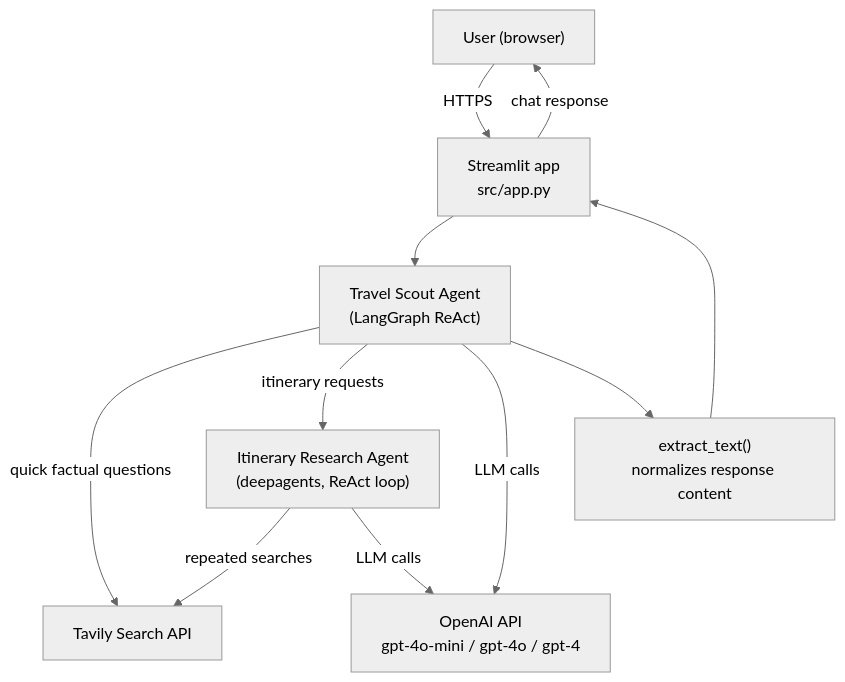
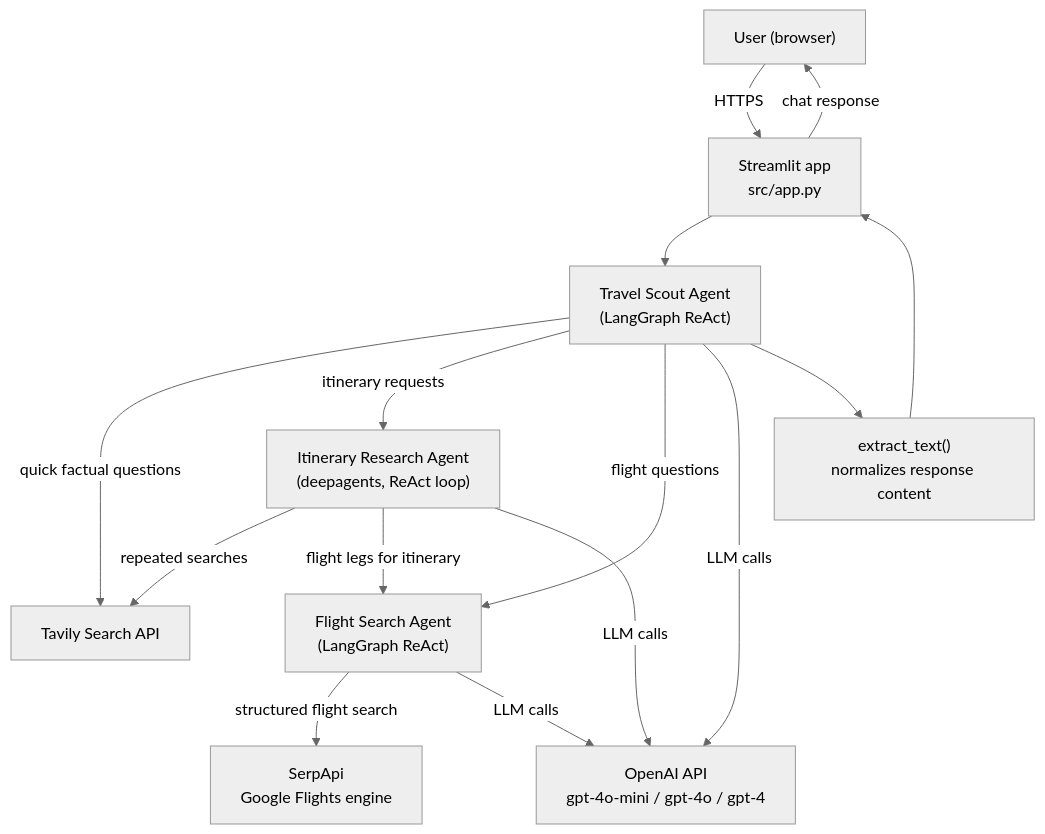
One commit to ladparag100/AI-Projects changed the first of 2 diagrams in 4-Travel-Booking-AI-Agent/README.md. Above: the diagram before and after it, drawn with Mermaid (neutral theme). The commit also changed other lines of this file and 4 other files, not shown here.

````diff
--- a/4-Travel-Booking-AI-Agent/README.md
+++ b/4-Travel-Booking-AI-Agent/README.md
@@ -32,13 +33,17 @@
 ```mermaid
 graph TD
     User["User (browser)"] -->|"HTTPS"| App["Streamlit app<br/>src/app.py"]
     App --> Scout["Travel Scout Agent<br/>(LangGraph ReAct)"]
     Scout -->|"quick factual questions"| Tavily["Tavily Search API"]
     Scout -->|"itinerary requests"| Research["Itinerary Research Agent<br/>(deepagents, ReAct loop)"]
+    Scout -->|"flight questions"| Flight["Flight Search Agent<br/>(LangGraph ReAct)"]
     Research -->|"repeated searches"| Tavily
+    Research -->|"flight legs for itinerary"| Flight
+    Flight -->|"structured flight search"| SerpApi["SerpApi<br/>Google Flights engine"]
     Scout -->|"LLM calls"| OpenAI["OpenAI API<br/>gpt-4o-mini / gpt-4o / gpt-4"]
     Research -->|"LLM calls"| OpenAI
+    Flight -->|"LLM calls"| OpenAI
     Scout --> Extract["extract_text()<br/>normalizes response content"]
     Extract --> App
     App -->|"chat response"| User
 ```
````
